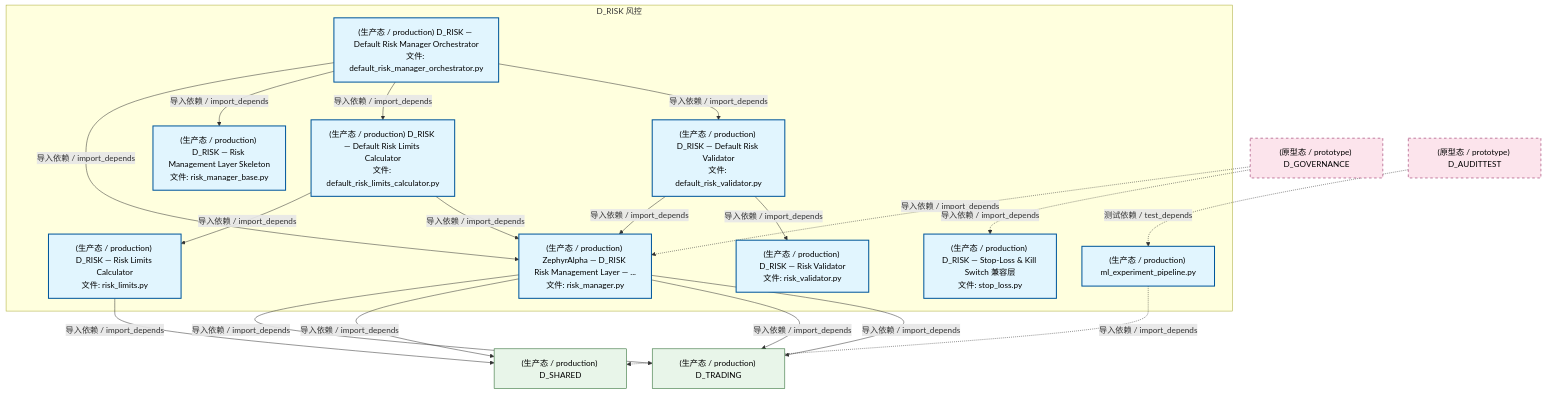
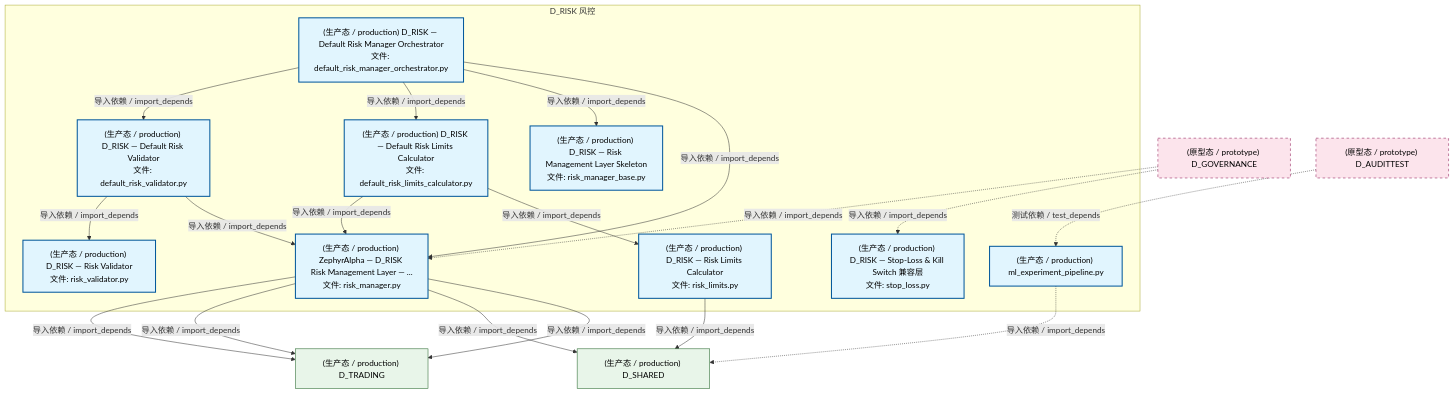
One commit to xuanFelixVan/ZephyrAlpha changed the second of 4 diagrams in docs/02_enterprise_architecture/02_domain_architecture_docs/46_d_risk.md. Above: the diagram before and after it, drawn with Mermaid. The commit also changed other lines of this file and 99 other files, not shown here.

````diff
--- a/docs/02_enterprise_architecture/02_domain_architecture_docs/46_d_risk.md
+++ b/docs/02_enterprise_architecture/02_domain_architecture_docs/46_d_risk.md
@@ -152,42 +152,42 @@
 ```mermaid
 graph TD
     subgraph D_RISK["D_RISK 风控"]
         src_zephyr_risk_cross_asset_cross_market_data_adapter_ml_experiment_pipeline_py["(生产态 / production) ml_experiment_pipeline.py"]
         src_zephyr_risk_implementations_default_risk_limits_calculator_py["(生产态 / production) D_RISK — Default Risk Limits Calculator<br/>文件: default_risk_limits_calculator.py"]
         src_zephyr_risk_implementations_default_risk_manager_orchestrator_py["(生产态 / production) D_RISK — Default Risk Manager Orchestrator<br/>文件: default_risk_manager_orchestrator.py"]
         src_zephyr_risk_implementations_default_risk_validator_py["(生产态 / production) D_RISK — Default Risk Validator<br/>文件: default_risk_validator.py"]
         src_zephyr_risk_risk_limits_py["(生产态 / production) D_RISK — Risk Limits Calculator<br/>文件: risk_limits.py"]
         src_zephyr_risk_risk_manager_py["(生产态 / production) ZephyrAlpha — D_RISK Risk Management Layer — ...<br/>文件: risk_manager.py"]
         src_zephyr_risk_risk_manager_base_py["(生产态 / production) D_RISK — Risk Management Layer Skeleton<br/>文件: risk_manager_base.py"]
         src_zephyr_risk_risk_validator_py["(生产态 / production) D_RISK — Risk Validator<br/>文件: risk_validator.py"]
         src_zephyr_risk_stop_loss_py["(生产态 / production) D_RISK — Stop-Loss & Kill Switch 兼容层<br/>文件: stop_loss.py"]
     end
     src_zephyr_risk_implementations_default_risk_limits_calculator_py -->|导入依赖 / import_depends| src_zephyr_risk_risk_limits_py
     src_zephyr_risk_implementations_default_risk_limits_calculator_py -->|导入依赖 / import_depends| src_zephyr_risk_risk_manager_py
+    src_zephyr_risk_implementations_default_risk_validator_py -->|导入依赖 / import_depends| src_zephyr_risk_risk_manager_py
+    src_zephyr_risk_implementations_default_risk_validator_py -->|导入依赖 / import_depends| src_zephyr_risk_risk_validator_py
     src_zephyr_risk_implementations_default_risk_manager_orchestrator_py -->|导入依赖 / import_depends| src_zephyr_risk_risk_manager_py
     src_zephyr_risk_implementations_default_risk_manager_orchestrator_py -->|导入依赖 / import_depends| src_zephyr_risk_risk_manager_base_py
     src_zephyr_risk_implementations_default_risk_manager_orchestrator_py -->|导入依赖 / import_depends| src_zephyr_risk_implementations_default_risk_limits_calculator_py
     src_zephyr_risk_implementations_default_risk_manager_orchestrator_py -->|导入依赖 / import_depends| src_zephyr_risk_implementations_default_risk_validator_py
-    src_zephyr_risk_implementations_default_risk_validator_py -->|导入依赖 / import_depends| src_zephyr_risk_risk_manager_py
-    src_zephyr_risk_implementations_default_risk_validator_py -->|导入依赖 / import_depends| src_zephyr_risk_risk_validator_py
     D_SHARED["(生产态 / production) D_SHARED"]
     src_zephyr_risk_risk_limits_py -->|导入依赖 / import_depends| D_SHARED
     D_TRADING["(生产态 / production) D_TRADING"]
     src_zephyr_risk_risk_manager_py -->|导入依赖 / import_depends| D_TRADING
     src_zephyr_risk_risk_manager_py -->|导入依赖 / import_depends| D_SHARED
     src_zephyr_risk_risk_manager_py -->|导入依赖 / import_depends| D_TRADING
     src_zephyr_risk_risk_manager_py -->|导入依赖 / import_depends| D_TRADING
     src_zephyr_risk_cross_asset_cross_market_data_adapter_ml_experiment_pipeline_py -.->|导入依赖 / import_depends| D_SHARED
     D_GOVERNANCE["(原型态 / prototype) D_GOVERNANCE"]
+    D_GOVERNANCE -.->|导入依赖 / import_depends| src_zephyr_risk_stop_loss_py
     D_GOVERNANCE -.->|导入依赖 / import_depends| src_zephyr_risk_risk_manager_py
-    D_GOVERNANCE -.->|导入依赖 / import_depends| src_zephyr_risk_stop_loss_py
     D_AUDITTEST["(原型态 / prototype) D_AUDITTEST"]
     D_AUDITTEST -.->|测试依赖 / test_depends| src_zephyr_risk_cross_asset_cross_market_data_adapter_ml_experiment_pipeline_py
     classDef production fill:#e1f5fe,stroke:#01579b,stroke-width:2px,color:#000
     classDef design fill:#fff3e0,stroke:#e65100,stroke-width:2px,color:#000,stroke-dasharray: 5 5
     classDef external_prod fill:#e8f5e9,stroke:#1b5e20,stroke-width:1px,color:#000
     classDef external_design fill:#fce4ec,stroke:#880e4f,stroke-width:1px,color:#000,stroke-dasharray: 5 5
     class src_zephyr_risk_cross_asset_cross_market_data_adapter_ml_experiment_pipeline_py,src_zephyr_risk_implementations_default_risk_limits_calculator_py,src_zephyr_risk_implementations_default_risk_manager_orchestrator_py,src_zephyr_risk_implementations_default_risk_validator_py,src_zephyr_risk_risk_limits_py,src_zephyr_risk_risk_manager_py,src_zephyr_risk_risk_manager_base_py,src_zephyr_risk_risk_validator_py,src_zephyr_risk_stop_loss_py production
     class D_SHARED,D_TRADING external_prod
     class D_GOVERNANCE,D_AUDITTEST external_design
 ```
````
